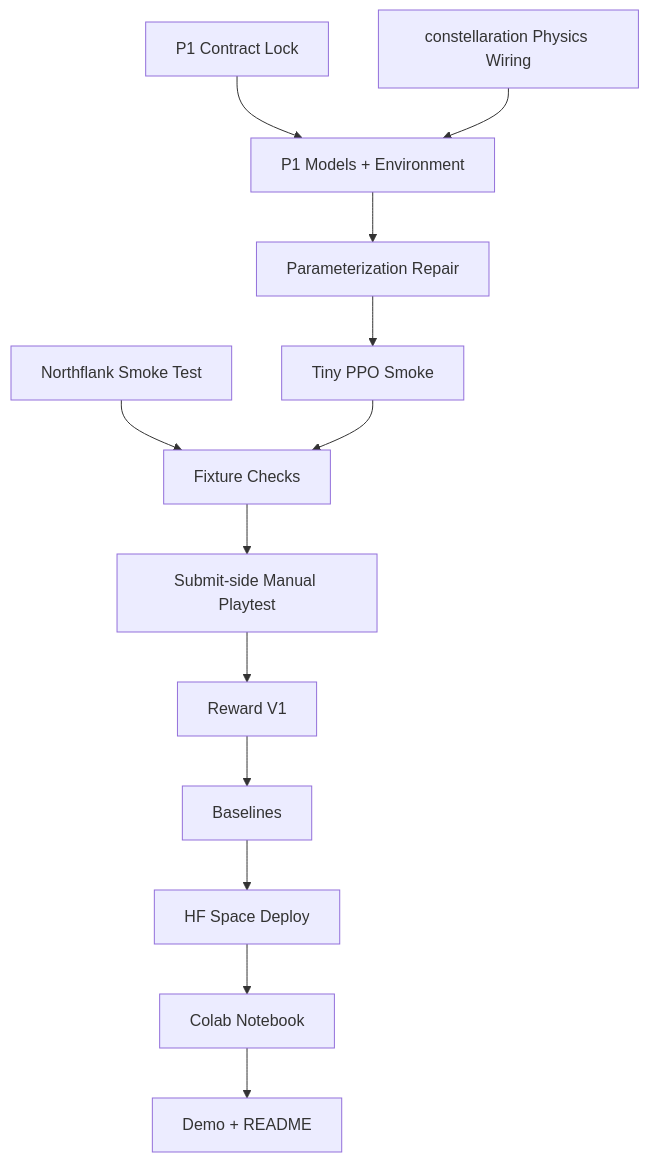
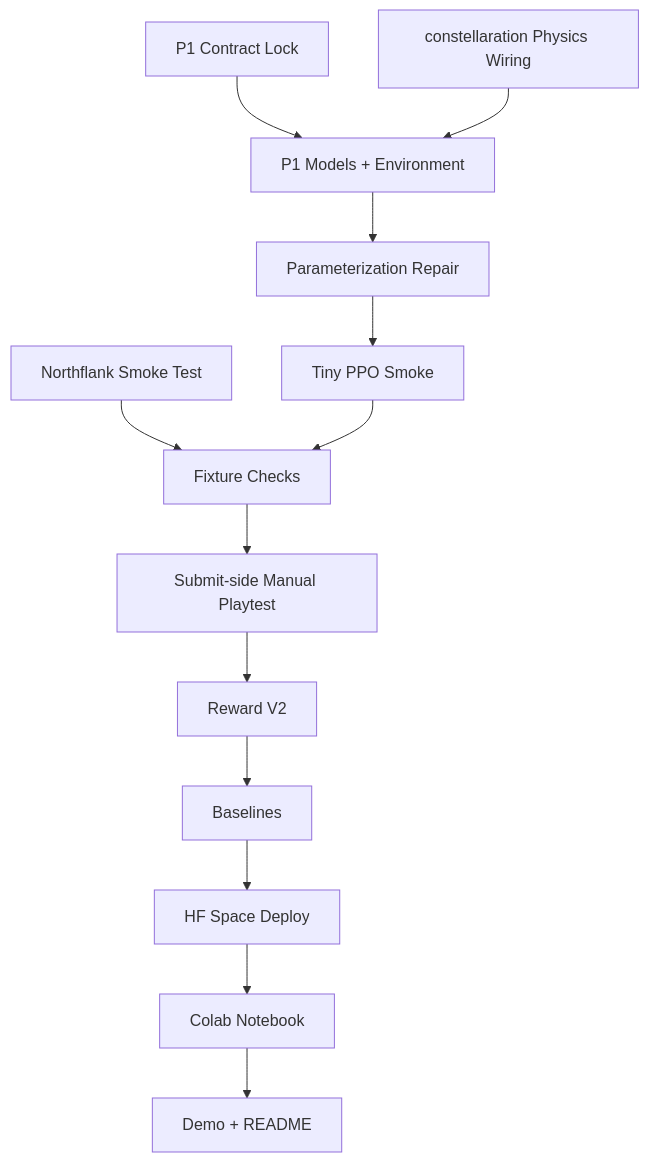
One commit to jungdaesuh/fusion-design-lab changed the diagram in TODO.md. Above: the diagram before and after it, drawn with Mermaid. The commit also changed other lines of this file and 5 other files, not shown here.

````diff
--- a/TODO.md
+++ b/TODO.md
@@ -55,15 +55,15 @@
 ```mermaid
 flowchart TD
     A["Northflank Smoke Test"] --> E["Fixture Checks"]
     B["P1 Contract Lock"] --> D["P1 Models + Environment"]
     C["constellaration Physics Wiring"] --> D
     D --> P["Parameterization Repair"]
     P --> F["Tiny PPO Smoke"]
     F --> E["Fixture Checks"]
     E --> G["Submit-side Manual Playtest"]
-    G --> H["Reward V1"]
+    G --> H["Reward V2"]
     H --> I["Baselines"]
     I --> J["HF Space Deploy"]
     J --> K["Colab Notebook"]
     K --> L["Demo + README"]
 ```
````
